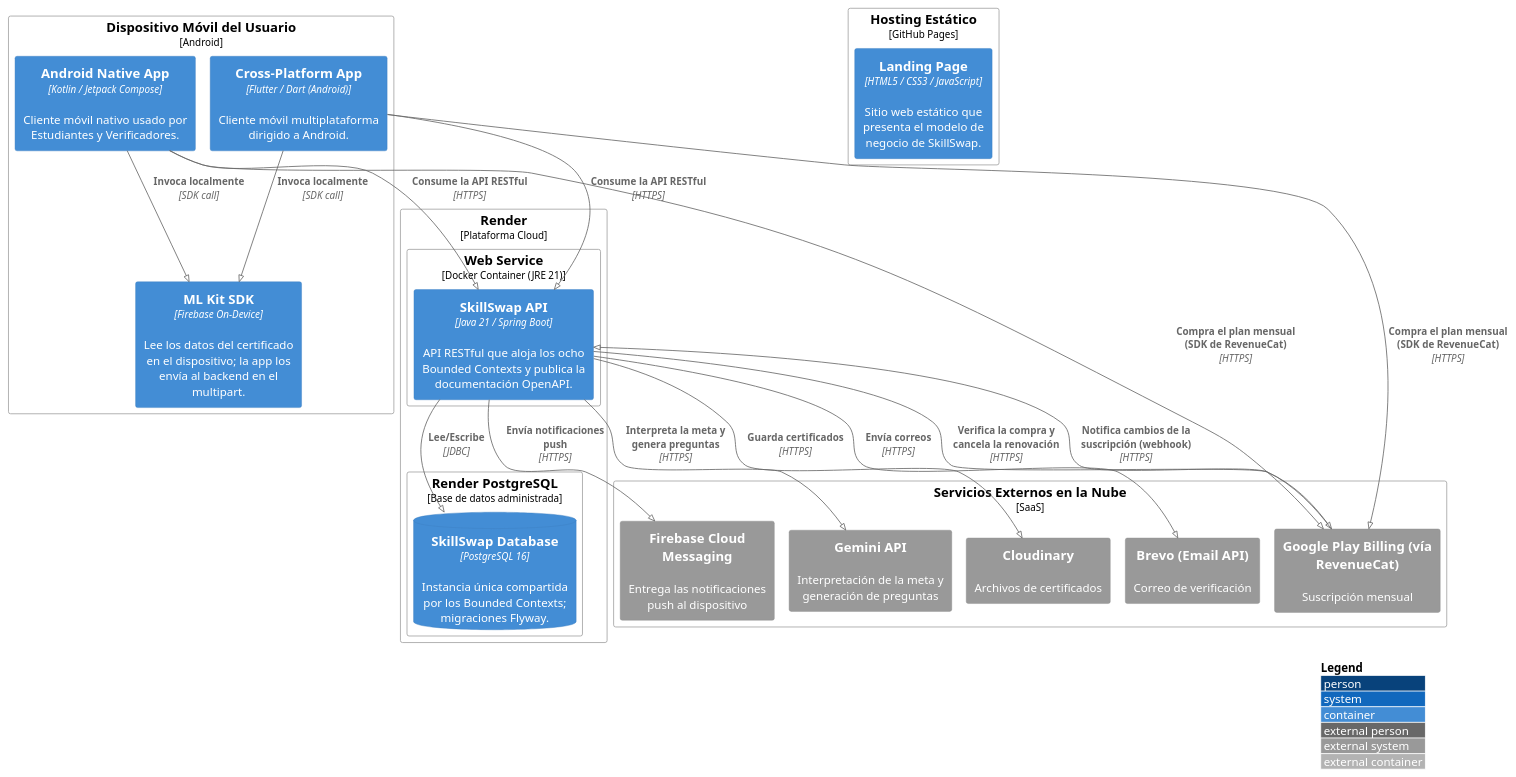
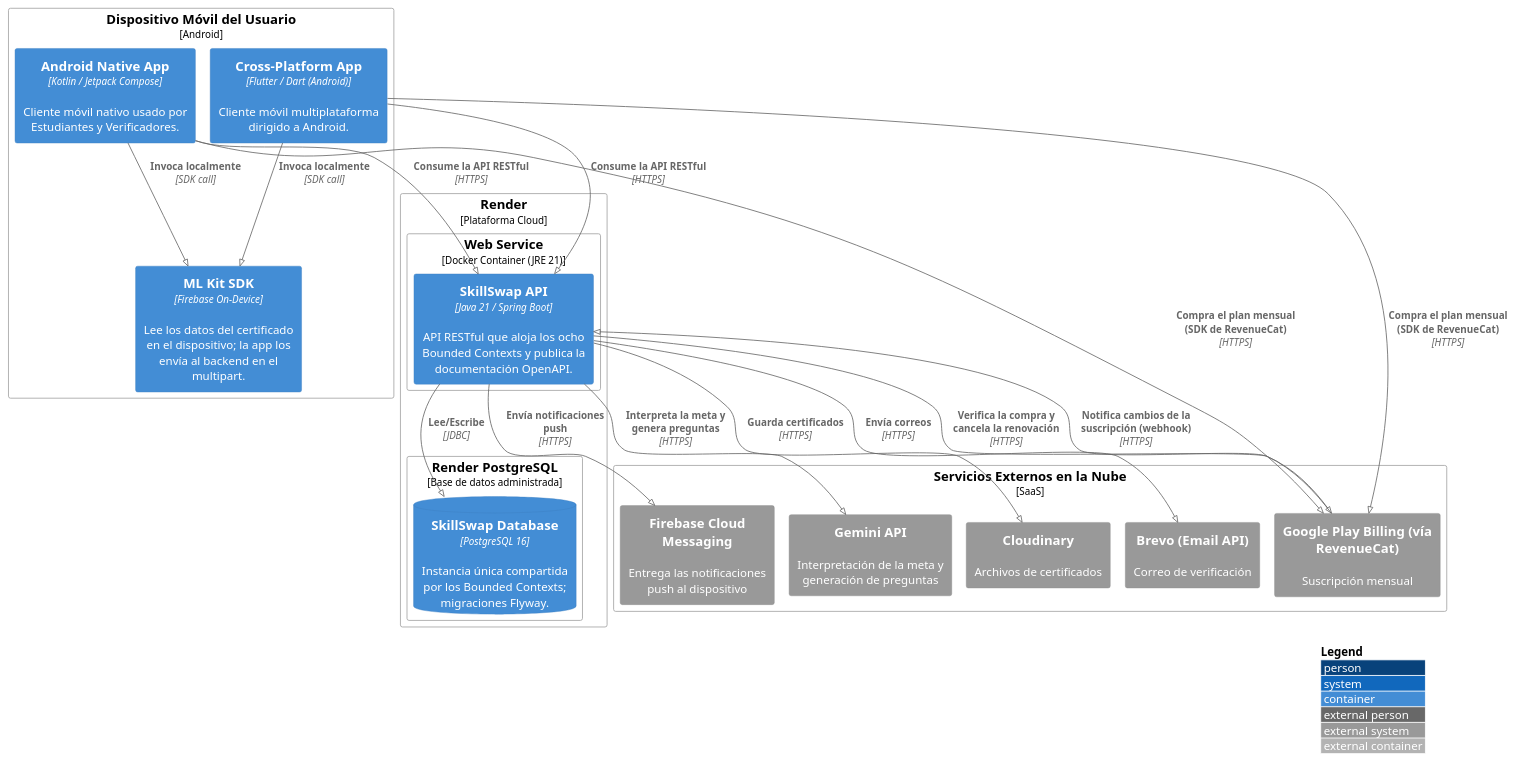
Before and after one commit to Aplicaciones-Dispositivos-Moviles/SkillSwap-ProjectReport: the diagram in DB&C4/Deployment Diagram.puml, drawn with PlantUML. The commit also changed 2 other files, not shown here.

Commit message:
docs(c4): remove landing page from deployment diagram

```diff
--- a/DB&C4/Deployment Diagram.puml
+++ b/DB&C4/Deployment Diagram.puml
@@ -1,51 +1,47 @@
 @startuml SkillSwapDeployment
 !pragma layout smetana
 !include https://raw.githubusercontent.com/plantuml-stdlib/C4-PlantUML/master/C4_Deployment.puml
 
 LAYOUT_WITH_LEGEND()
 
 Deployment_Node(userDevice, "Dispositivo Móvil del Usuario", "Android"){
     Container(androidApp, "Android Native App", "Kotlin / Jetpack Compose", "Cliente móvil nativo usado por Estudiantes y Verificadores.")
     Container(flutterApp, "Cross-Platform App", "Flutter / Dart (Android)", "Cliente móvil multiplataforma dirigido a Android.")
     Container(mlKitSdk, "ML Kit SDK", "Firebase On-Device", "Lee los datos del certificado en el dispositivo; la app los envía al backend en el multipart.")
-}
-
-Deployment_Node(staticHosting, "Hosting Estático", "GitHub Pages"){
-    Container(landingPage, "Landing Page", "HTML5 / CSS3 / JavaScript", "Sitio web estático que presenta el modelo de negocio de SkillSwap.")
 }
 
 Deployment_Node(cloudPlatform, "Render", "Plataforma Cloud"){
     Deployment_Node(backendRuntime, "Web Service", "Docker Container (JRE 21)"){
         Container(api, "SkillSwap API", "Java 21 / Spring Boot", "API RESTful que aloja los ocho Bounded Contexts y publica la documentación OpenAPI.")
     }
     Deployment_Node(dbServer, "Render PostgreSQL", "Base de datos administrada"){
         ContainerDb(mainDB, "SkillSwap Database", "PostgreSQL 16", "Instancia única compartida por los Bounded Contexts; migraciones Flyway.")
     }
 }
 
 Deployment_Node(externalCloud, "Servicios Externos en la Nube", "SaaS"){
     System_Ext(cloudStorage, "Cloudinary", "Archivos de certificados")
     System_Ext(emailService, "Brevo (Email API)", "Correo de verificación")
     System_Ext(pushService, "Firebase Cloud Messaging", "Entrega las notificaciones push al dispositivo")
     System_Ext(geminiApi, "Gemini API", "Interpretación de la meta y generación de preguntas")
     System_Ext(playBilling, "Google Play Billing (vía RevenueCat)", "Suscripción mensual")
 }
 
 Rel(androidApp, mlKitSdk, "Invoca localmente", "SDK call")
 Rel(flutterApp, mlKitSdk, "Invoca localmente", "SDK call")
 
 Rel(androidApp, api, "Consume la API RESTful", "HTTPS")
 Rel(flutterApp, api, "Consume la API RESTful", "HTTPS")
 
 Rel(api, mainDB, "Lee/Escribe", "JDBC")
 
 Rel(api, cloudStorage, "Guarda certificados", "HTTPS")
 Rel(api, emailService, "Envía correos", "HTTPS")
 Rel(api, pushService, "Envía notificaciones push", "HTTPS")
 Rel(api, geminiApi, "Interpreta la meta y genera preguntas", "HTTPS")
 Rel(api, playBilling, "Verifica la compra y cancela la renovación", "HTTPS")
 Rel(playBilling, api, "Notifica cambios de la suscripción (webhook)", "HTTPS")
 Rel(androidApp, playBilling, "Compra el plan mensual (SDK de RevenueCat)", "HTTPS")
 Rel(flutterApp, playBilling, "Compra el plan mensual (SDK de RevenueCat)", "HTTPS")
 
 @enduml
```
